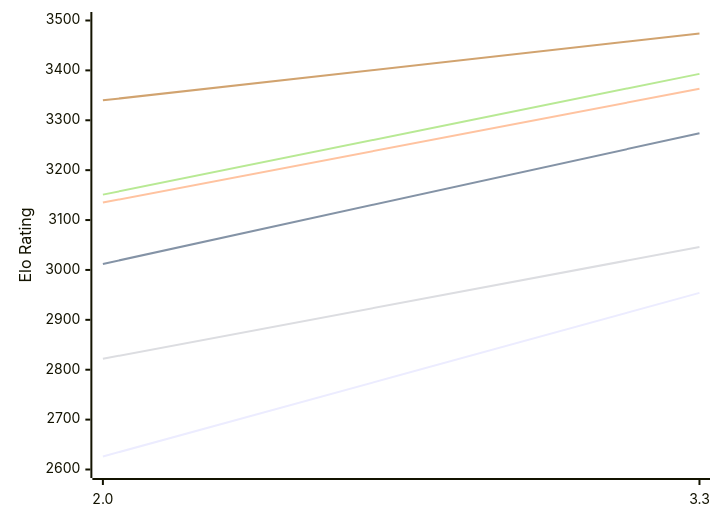
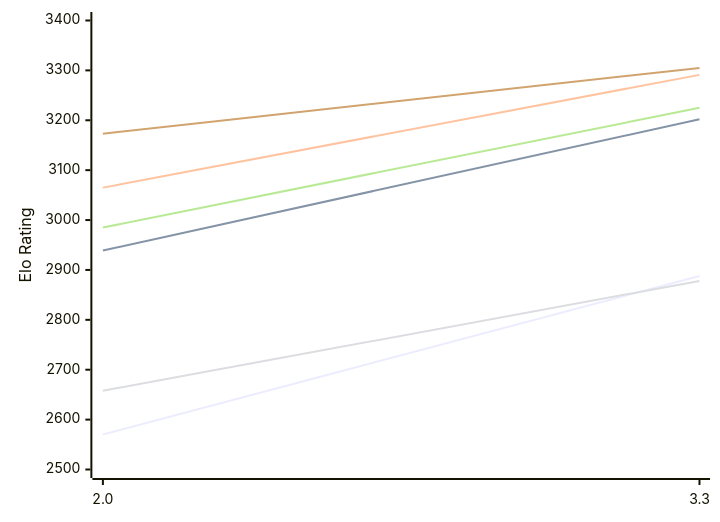
One commit to computer-chess-index/cci changed the first of 2 diagrams in engines/Ceylondemon.md. Above: the diagram before and after it, drawn with Mermaid. The commit also changed other lines of this file, not shown here.

Commit message:
Update CCI Ratings (ELO VLTC) - 2026-11-13

````diff
--- a/engines/Ceylondemon.md
+++ b/engines/Ceylondemon.md
@@ -50,12 +50,12 @@
 ```mermaid
 %%{init: {"theme":"base","themeVariables":{"seriesColors:['#a3a3a3','#222221','#faa371']}}}%%
 xychart-beta
   x-axis ["2.0", "3.3"]
-  y-axis "Elo Rating" 2600 --> 3500
-  line "E1: STC (8.0+0.08s)" [2626, 2954]
-  line "E1: LTC (60.0+0.60s)" [3012, 3274]
-  line "E1: VLTC (2m24s+1.12s)" [3135, 3363]
-  line "P1: STC (8.0+0.08s)" [2822, 3046]
-  line "P1: LTC (60.0+0.60s)" [3151, 3393]
-  line "P1: VLTC (2m24s+1.12s)" [3340, 3474]
+  y-axis "Elo Rating" 2500 --> 3400
+  line "E1: STC (8.0+0.08s)" [2570, 2888]
+  line "E1: LTC (60.0+0.60s)" [2939, 3202]
+  line "E1: VLTC (2m24s+1.12s)" [3065, 3291]
+  line "P1: STC (8.0+0.08s)" [2658, 2878]
+  line "P1: LTC (60.0+0.60s)" [2985, 3225]
+  line "P1: VLTC (2m24s+1.12s)" [3173, 3305]
 ```
````
